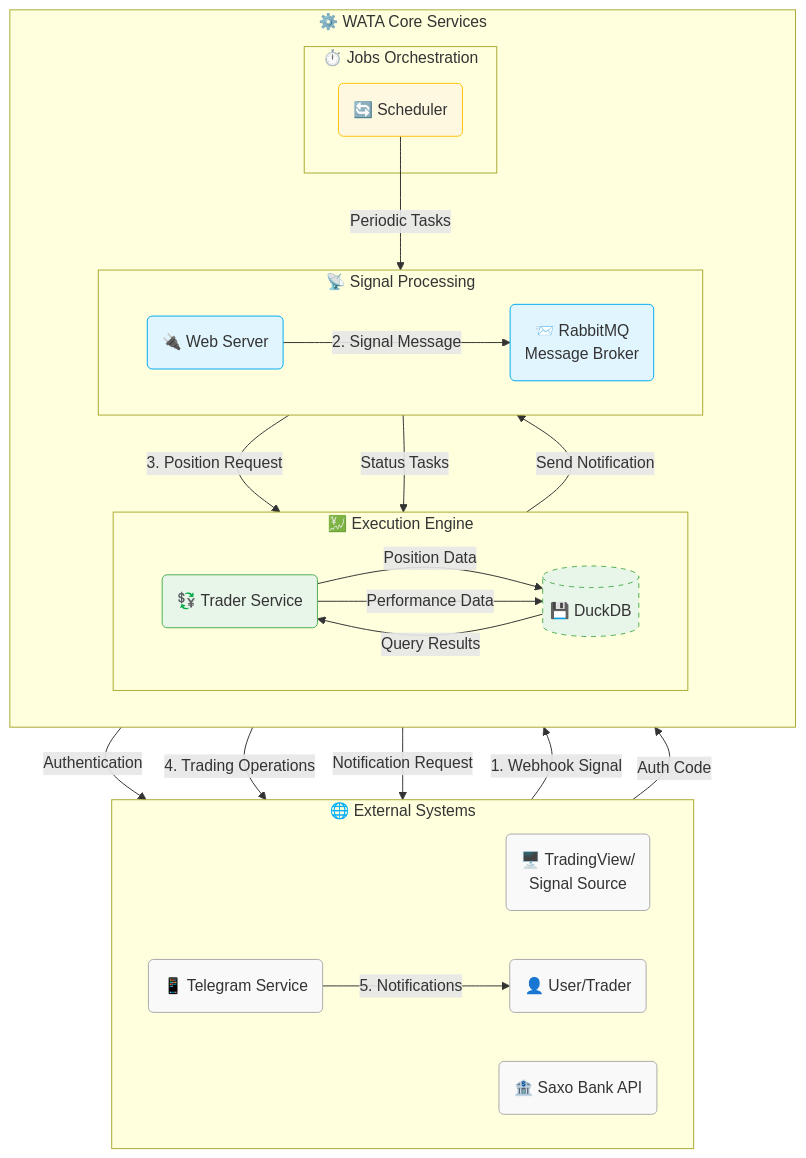
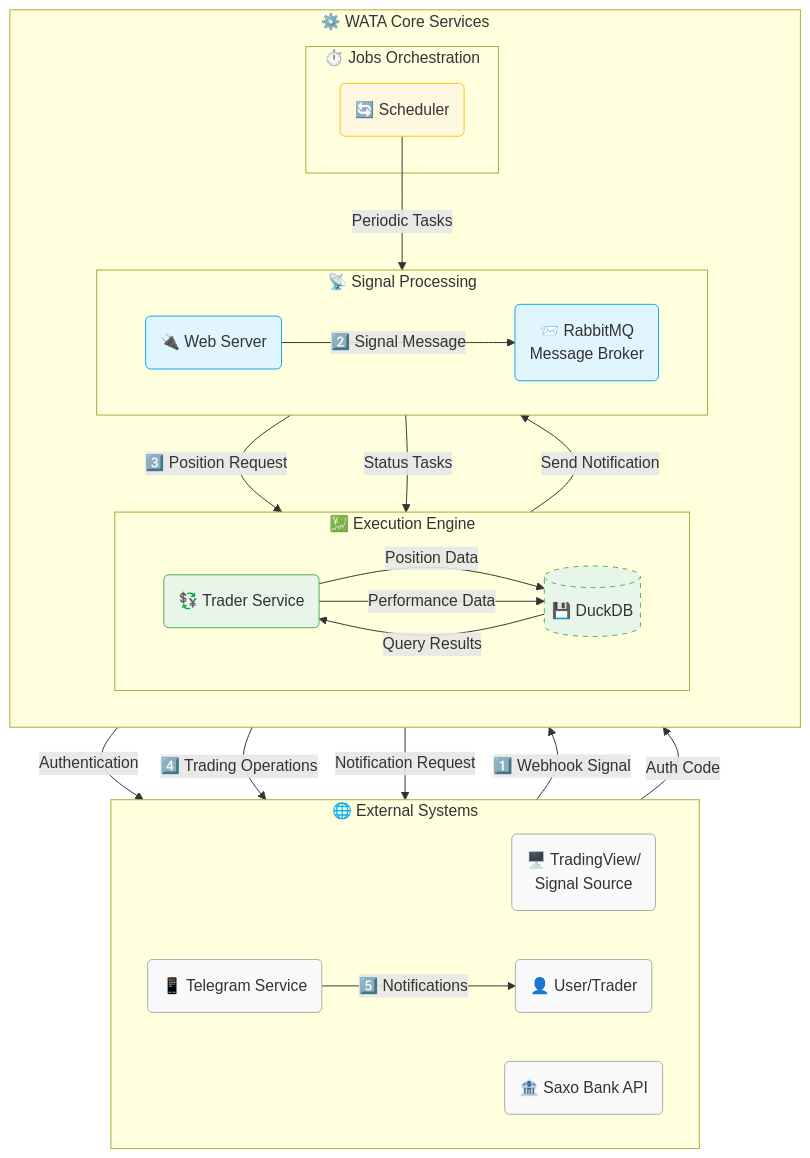
One commit to IOITI/WATA changed the diagram in README.md. Above: the diagram before and after it, drawn with Mermaid.

Commit message:
Update README to include emoji for better visual representation of connections

````diff
--- a/README.md
+++ b/README.md
@@ -104,61 +104,61 @@
 ```mermaid
 flowchart TD
     %% Styling
     classDef external fill:#f9f9f9,stroke:#aaa,stroke-width:1px
     classDef processing fill:#e1f5fe,stroke:#03a9f4,stroke-width:1px
     classDef execution fill:#e8f5e9,stroke:#4caf50,stroke-width:1px
     classDef jobs fill:#fff8e1,stroke:#ffc107,stroke-width:1px
     classDef database fill:#f3e5f5,stroke:#9c27b0,stroke-width:2px,stroke-dasharray: 5 5
     
     %% External Systems
     subgraph ExtSys["🌐 External Systems"]
         direction LR
         TV("🖥️ TradingView/<br>Signal Source")
         SB("🏦 Saxo Bank API")
         User("👤 User/Trader")
         TG("📱 Telegram Service")
     end
     
     %% WATA Core Services
     subgraph CoreSys["⚙️ WATA Core Services"]
         direction TB
         
         subgraph SigProc["📡 Signal Processing"]
             direction LR
             WS("🔌 Web Server")
             RMQ("📨 RabbitMQ<br>Message Broker")
         end
         
         subgraph ExecEng["💹 Execution Engine"]
             direction LR
             TR("💱 Trader Service")
             DB[("💾 DuckDB")]:::database
         end
         
         subgraph JobSvc["⏱️ Jobs Orchestration"]
             SC("🔄 Scheduler")
         end
     end
     
     %% Connections with styled arrows
-    TV -- "1. Webhook Signal" --> WS
-    WS -- "2. Signal Message" --> RMQ
-    RMQ -- "3. Position Request" --> TR
+    TV -- "1️⃣ Webhook Signal" --> WS
+    WS -- "2️⃣ Signal Message" --> RMQ
+    RMQ -- "3️⃣ Position Request" --> TR
     TR -- "Authentication" --> SB
     User -- "Auth Code" --> TR
-    TR -- "4. Trading Operations" --> SB
+    TR -- "4️⃣ Trading Operations" --> SB
     TR -- "Send Notification" --> RMQ
     RMQ -- "Notification Request" --> TG
-    TG -- "5. Notifications" --> User
+    TG -- "5️⃣ Notifications" --> User
     TR -- "Position Data" --> DB
     DB -- "Query Results" --> TR
     SC -- "Periodic Tasks" --> RMQ
     RMQ -- "Status Tasks" --> TR
     TR -- "Performance Data" --> DB
     
     %% Apply styles
     class TV,SB,User,TG external
     class WS,RMQ processing
     class TR,DB execution
     class SC jobs
 ```
````
